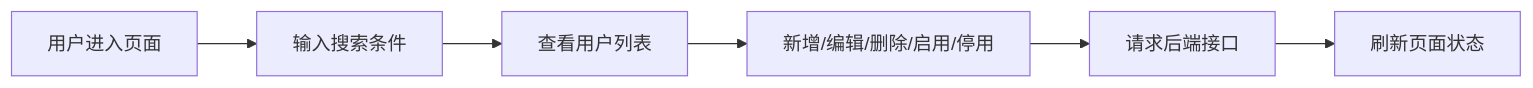
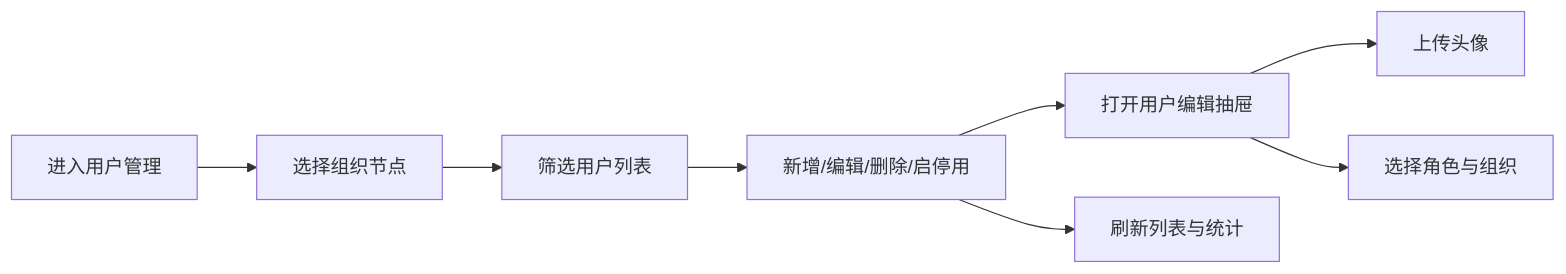
One commit to TCIano/iframemode changed the second of 5 diagrams in docs/前端开发分享演讲稿.md. Above: the diagram before and after it, drawn with Mermaid. The commit also changed other lines of this file, not shown here.

````diff
--- a/docs/前端开发分享演讲稿.md
+++ b/docs/前端开发分享演讲稿.md
@@ -91,8 +79,10 @@
 ```mermaid
 flowchart LR
-    user[用户进入页面] --> search[输入搜索条件]
-    search --> list[查看用户列表]
-    list --> action[新增/编辑/删除/启用/停用]
-    action --> api[请求后端接口]
-    api --> refresh[刷新页面状态]
+    enter[进入用户管理] --> org[选择组织节点]
+    org --> list[筛选用户列表]
+    list --> action[新增/编辑/删除/启停用]
+    action --> drawer[打开用户编辑抽屉]
+    drawer --> upload[上传头像]
+    drawer --> role[选择角色与组织]
+    action --> refresh[刷新列表与统计]
 ```
````
